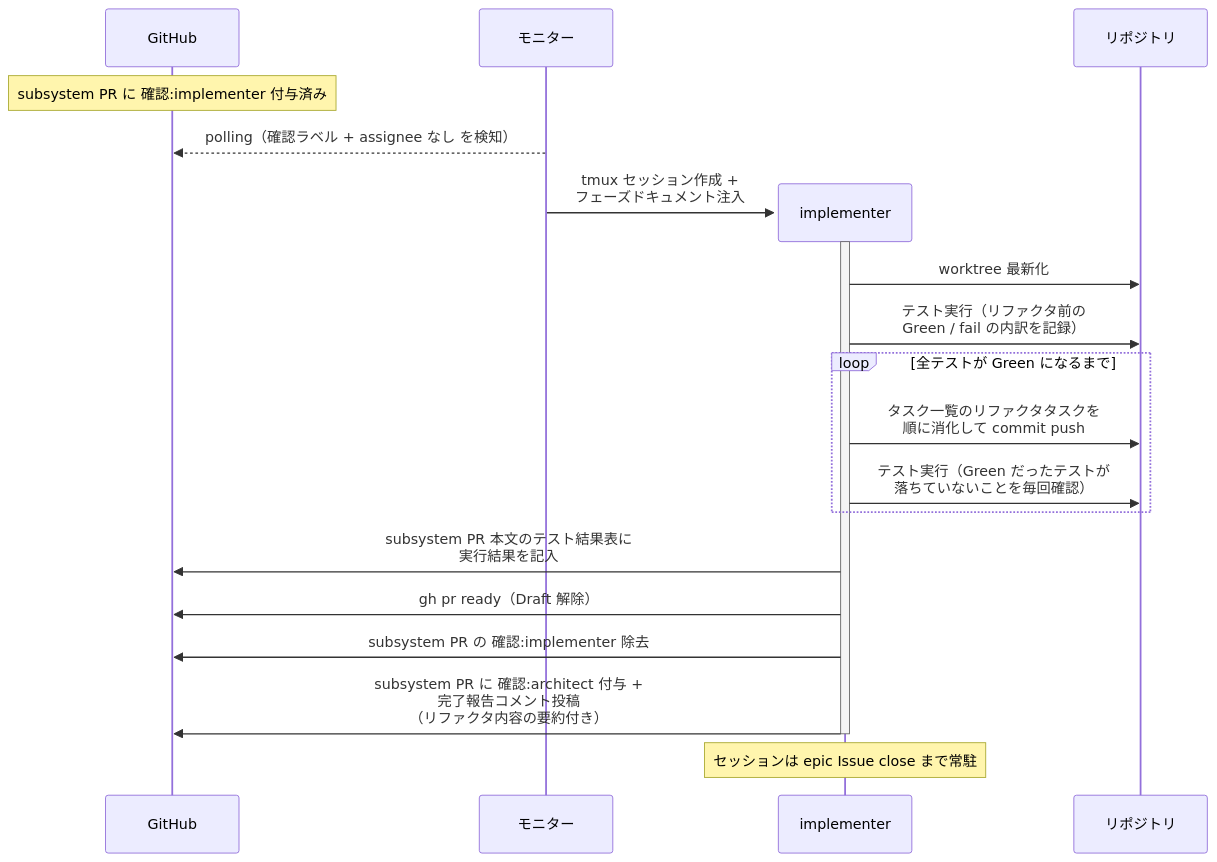
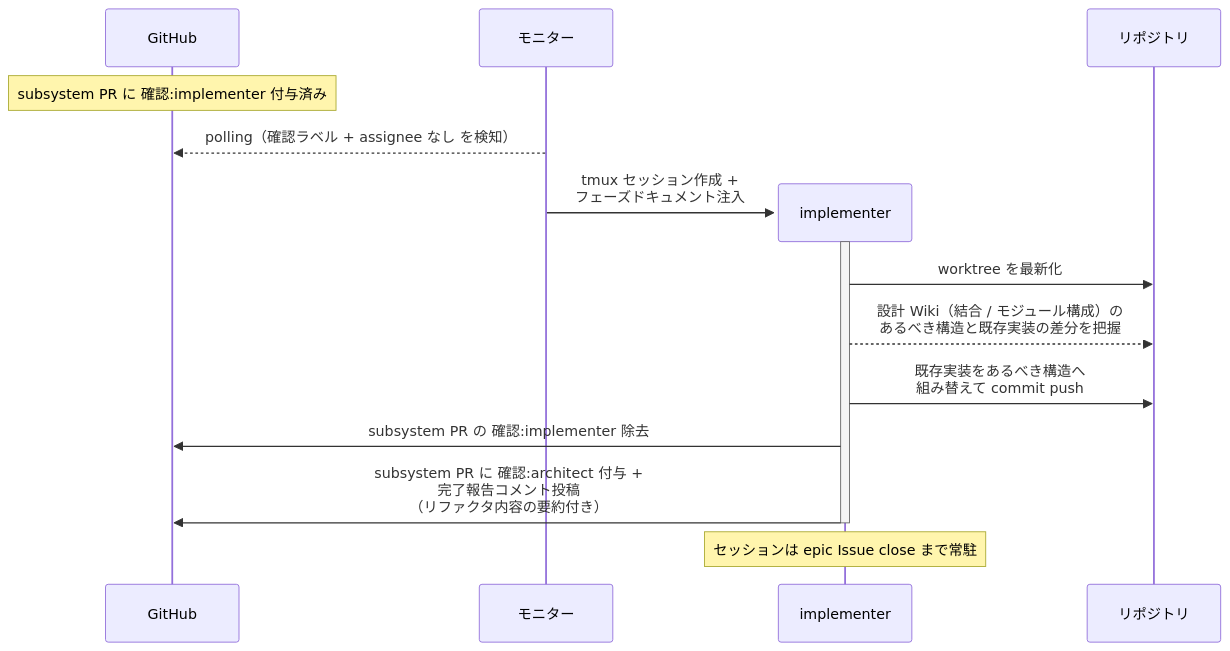
One commit to shuhei1101/ai-monitor changed the second of 3 diagrams in docs/wiki/設計図/シナリオ/単一ユースケース/実装.md. Above: the diagram before and after it, drawn with Mermaid. The commit also changed other lines of this file and 304 other files, not shown here.

````diff
--- a/docs/wiki/設計図/シナリオ/単一ユースケース/実装.md
+++ b/docs/wiki/設計図/シナリオ/単一ユースケース/実装.md
@@ -73,26 +70,19 @@
 ```mermaid
 sequenceDiagram
   participant GH as GitHub
   participant ORC as モニター
 
   Note over GH: subsystem PR に 確認:implementer 付与済み
   ORC-->>GH: polling（確認ラベル + assignee なし を検知）
   create participant MON as implementer
   ORC->>MON: tmux セッション作成 +<br>フェーズドキュメント注入
   participant REPO as リポジトリ
   activate MON
-  MON->>REPO: worktree 最新化
-  MON->>REPO: テスト実行（リファクタ前の<br>Green / fail の内訳を記録）
-
-  loop 全テストが Green になるまで
-    MON->>REPO: タスク一覧のリファクタタスクを<br>順に消化して commit push
-    MON->>REPO: テスト実行（Green だったテストが<br>落ちていないことを毎回確認）
-  end
-
-  MON->>GH: subsystem PR 本文のテスト結果表に<br>実行結果を記入
-  MON->>GH: gh pr ready（Draft 解除）
+  MON->>REPO: worktree を最新化
+  MON-->>REPO: 設計 Wiki（結合 / モジュール構成）の<br>あるべき構造と既存実装の差分を把握
+  MON->>REPO: 既存実装をあるべき構造へ<br>組み替えて commit push
   MON->>GH: subsystem PR の 確認:implementer 除去
   MON->>GH: subsystem PR に 確認:architect 付与 +<br>完了報告コメント投稿<br>（リファクタ内容の要約付き）
   deactivate MON
   Note over MON: セッションは epic Issue close まで常駐
 ```
````
